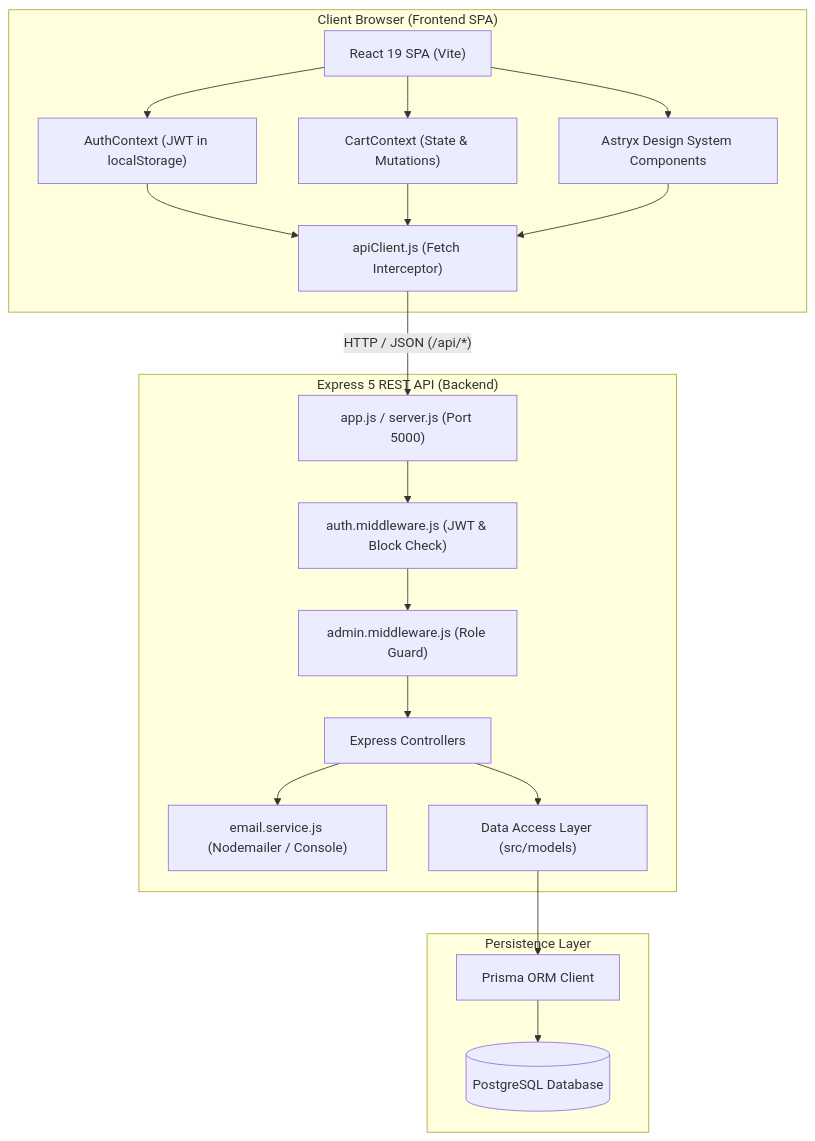
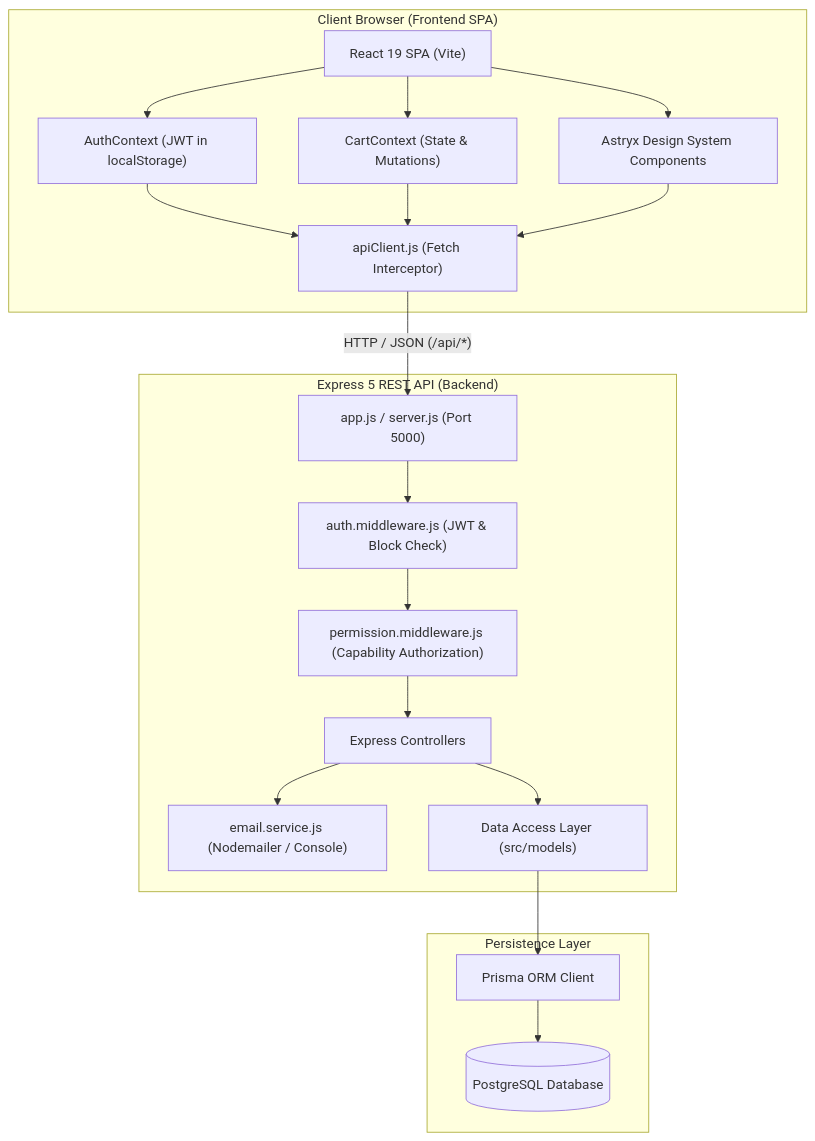
Before and after one commit to phongka79d/BTL_END: the diagram in README.md, drawn with Mermaid. The commit also changed other lines of this file and 77 other files, not shown here.

````diff
--- a/README.md
+++ b/README.md
@@ -96,35 +110,35 @@
 ```mermaid
 flowchart TB
     subgraph Browser ["Client Browser (Frontend SPA)"]
         ReactApp["React 19 SPA (Vite)"]
         AuthCtx["AuthContext (JWT in localStorage)"]
         CartCtx["CartContext (State & Mutations)"]
         AstryxUI["Astryx Design System Components"]
         ApiClient["apiClient.js (Fetch Interceptor)"]
     end
 
     subgraph Server ["Express 5 REST API (Backend)"]
         App["app.js / server.js (Port 5000)"]
         AuthMid["auth.middleware.js (JWT & Block Check)"]
-        AdminMid["admin.middleware.js (Role Guard)"]
+        PermMid["permission.middleware.js (Capability Authorization)"]
         Controllers["Express Controllers"]
         EmailSvc["email.service.js (Nodemailer / Console)"]
         Models["Data Access Layer (src/models)"]
     end
 
     subgraph Database ["Persistence Layer"]
         Prisma["Prisma ORM Client"]
         Postgres[(PostgreSQL Database)]
     end
 
     ReactApp --> AuthCtx
     ReactApp --> CartCtx
     ReactApp --> AstryxUI
     AuthCtx & CartCtx & AstryxUI --> ApiClient
 
     ApiClient -- "HTTP / JSON (/api/*)" --> App
-    App --> AuthMid --> AdminMid --> Controllers
+    App --> AuthMid --> PermMid --> Controllers
     Controllers --> EmailSvc
     Controllers --> Models
     Models --> Prisma --> Postgres
 ```
````
